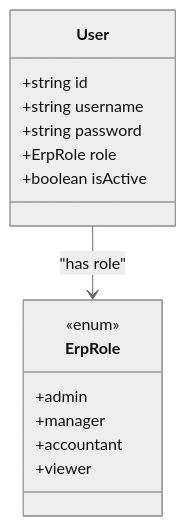
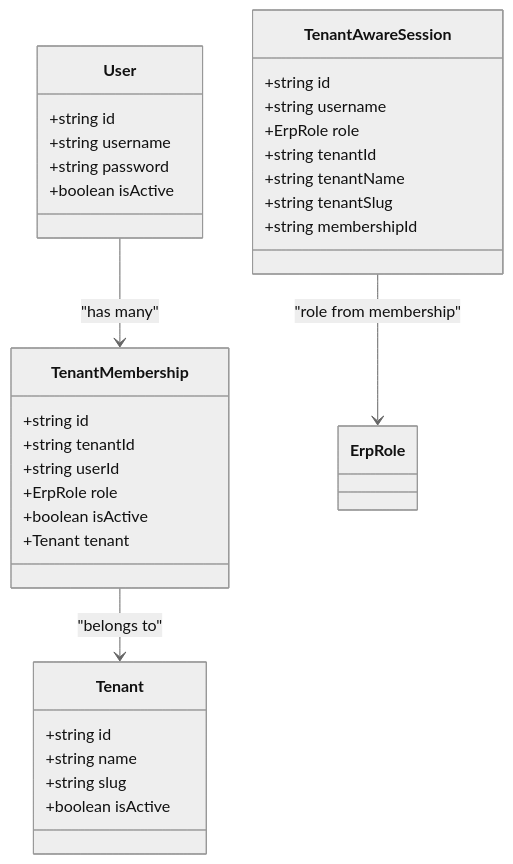
Before and after one commit to nzey11/erp-new: the ninth of 11 diagrams in .qoder/repowiki/en/content/Authentication & Authorization/Authentication & Authorization.md, drawn with Mermaid (neutral theme). The commit also changed other lines of this file and 6 other files, not shown here.

Commit message:
fix(tests): create tenant membership for users in auth tests

````diff
--- a/.qoder/repowiki/en/content/Authentication & Authorization/Authentication & Authorization.md
+++ b/.qoder/repowiki/en/content/Authentication & Authorization/Authentication & Authorization.md
@@ -270,18 +419,35 @@
 ```mermaid
 classDiagram
 class User {
 +string id
 +string username
 +string password
++boolean isActive
+}
+class TenantMembership {
++string id
++string tenantId
++string userId
 +ErpRole role
 +boolean isActive
++Tenant tenant
 }
-class ErpRole {
-<<enum>>
-+admin
-+manager
-+accountant
-+viewer
+class Tenant {
++string id
++string name
++string slug
++boolean isActive
 }
-User --> ErpRole : "has role"
+class TenantAwareSession {
++string id
++string username
++ErpRole role
++string tenantId
++string tenantName
++string tenantSlug
++string membershipId
+}
+User --> TenantMembership : "has many"
+TenantMembership --> Tenant : "belongs to"
+TenantAwareSession --> ErpRole : "role from membership"
 ```
````
